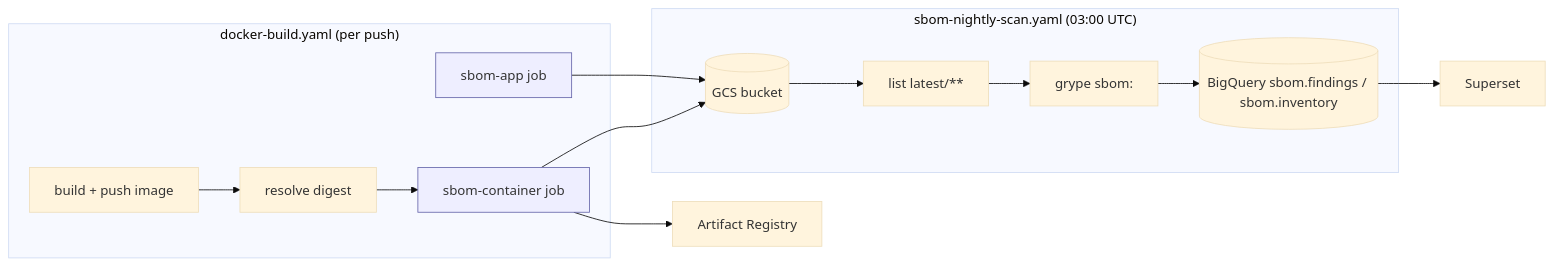
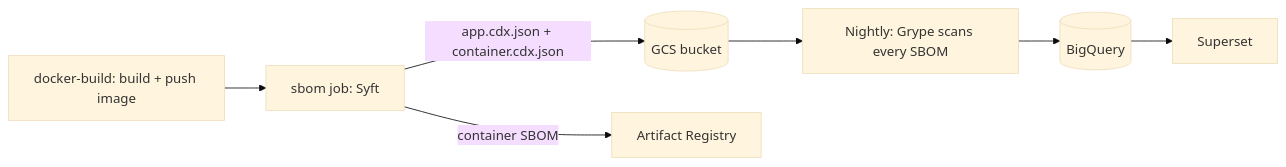
Before and after one commit to HDRUK/github-actions-templates: the diagram in docs/ARCHITECTURE/sbom-pipeline.md, drawn with Mermaid (base theme). The commit also changed other lines of this file and 26 other files, not shown here.

First line of the commit message:
ref(sbom): Simplify SBOM pipeline to one build job and a jq nightly scan

````diff
--- a/docs/ARCHITECTURE/sbom-pipeline.md
+++ b/docs/ARCHITECTURE/sbom-pipeline.md
@@ -23,17 +8,7 @@
 ```mermaid
 flowchart LR
-  subgraph build["docker-build.yaml (per push)"]
-    B[build + push image] --> D[resolve digest]
-    A[sbom-app job]:::sbom
-    C[sbom-container job]:::sbom
-    D --> C
-  end
-  A --> G[(GCS bucket)]
-  C --> G
-  C --> AR[Artifact Registry]
-  subgraph nightly["sbom-nightly-scan.yaml (03:00 UTC)"]
-    G --> L[list latest/**] --> S[grype sbom:] --> BQ[(BigQuery sbom.findings / sbom.inventory)]
-  end
-  BQ --> SS[Superset]
-  classDef sbom fill:#eef,stroke:#66a;
+  B[docker-build: build + push image] --> S[sbom job: Syft]
+  S -->|app.cdx.json + container.cdx.json| G[(GCS bucket)]
+  S -->|container SBOM| AR[Artifact Registry]
+  G --> N[Nightly: Grype scans every SBOM] --> BQ[(BigQuery)] --> SS[Superset]
 ```
````
